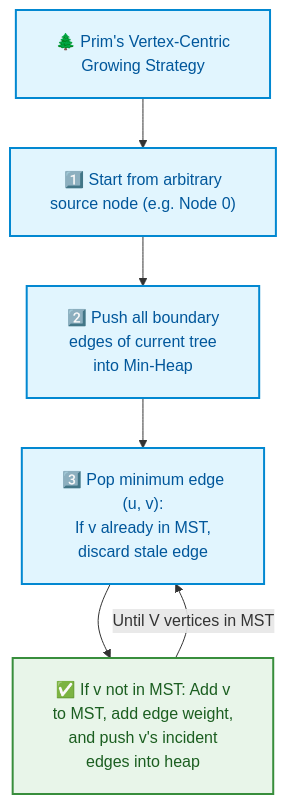
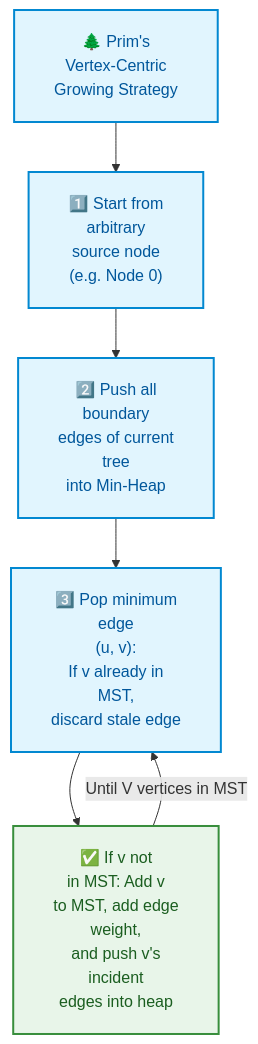
Diagram 11 of 15 in week_09_graph_algorithms_i/Week_09_Visual_Concepts_Playbook_HYBRID.md (dip4k/DSA_102), drawn with Mermaid before and after one commit. The commit also changed other lines of this file and 106 other files, not shown here.

First line of the commit message:
fix(mermaid): prevent text clipping with foreignObject overflow and tighter line wrapping

````diff
--- a/week_09_graph_algorithms_i/Week_09_Visual_Concepts_Playbook_HYBRID.md
+++ b/week_09_graph_algorithms_i/Week_09_Visual_Concepts_Playbook_HYBRID.md
@@ -416,13 +416,13 @@
 ```mermaid
-%%{init: {"flowchart": {"htmlLabels": true, "padding": 20}}}%%
+%%{init: {"flowchart": {"htmlLabels": true, "padding": 20}, "themeCSS": "foreignObject { overflow: visible !important; }"}}%%
 flowchart TD
     classDef step fill:#e1f5fe,stroke:#0288d1,color:#01579b,stroke-width:2px;
     classDef grow fill:#e8f5e9,stroke:#388e3c,color:#1b5e20,stroke-width:2px;
 
-    P["🌲 Prim's Vertex-Centric<br/>Growing Strategy"]:::step
-    P --> S1["1️⃣ Start from arbitrary<br/>source node (e.g. Node 0)"]:::step
-    S1 --> S2["2️⃣ Push all boundary<br/>edges of current tree<br/>into Min-Heap"]:::step
-    S2 --> S3["3️⃣ Pop minimum edge<br/>(u, v):<br/>If v already in MST,<br/>discard stale edge"]:::step
-    S3 --> Grow["✅ If v not in MST: Add v<br/>to MST, add edge weight,<br/>and push v's incident<br/>edges into heap"]:::grow
+    P["🌲 Prim's<br/>Vertex-Centric<br/>Growing Strategy"]:::step
+    P --> S1["1️⃣ Start from<br/>arbitrary<br/>source node<br/>(e.g. Node 0)"]:::step
+    S1 --> S2["2️⃣ Push all<br/>boundary<br/>edges of current<br/>tree<br/>into Min-Heap"]:::step
+    S2 --> S3["3️⃣ Pop minimum<br/>edge<br/>(u, v):<br/>If v already in<br/>MST,<br/>discard stale edge"]:::step
+    S3 --> Grow["✅ If v not<br/>in MST: Add v<br/>to MST, add edge<br/>weight,<br/>and push v's<br/>incident<br/>edges into heap"]:::grow
     Grow -->|Until V vertices in MST| S3
 ```
````
